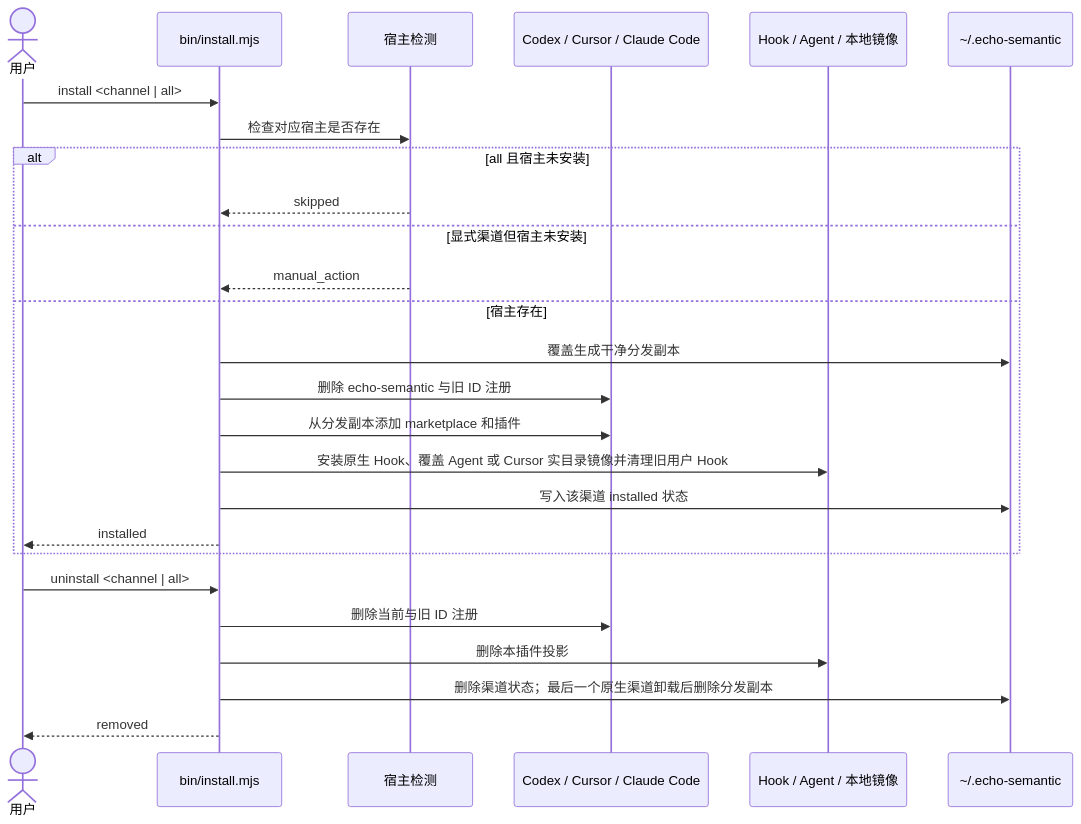
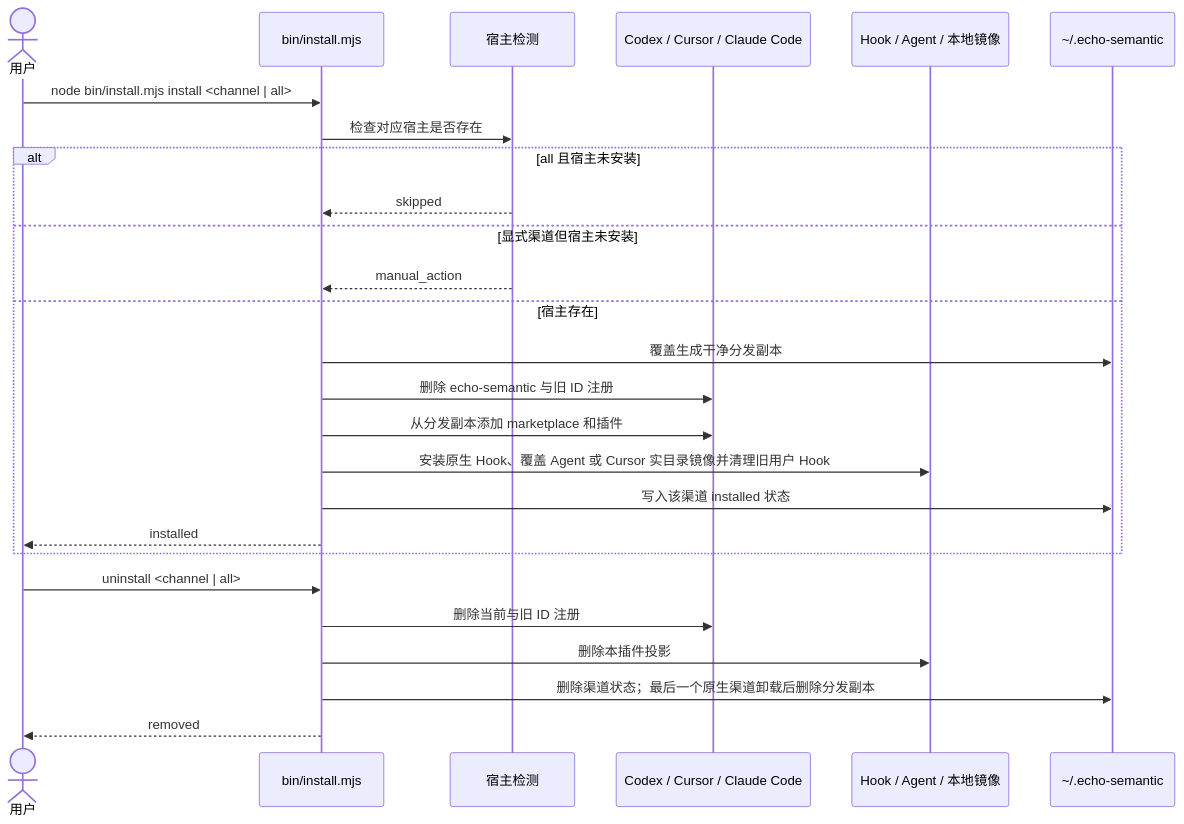
One commit to EchoYue-lp/echo-semantic changed the ninth of 9 diagrams in docs/supreme/specs/plugin-architecture/design.md. Above: the diagram before and after it, drawn with Mermaid. The commit also changed other lines of this file and 38 other files, not shown here.

````diff
--- a/docs/supreme/specs/plugin-architecture/design.md
+++ b/docs/supreme/specs/plugin-architecture/design.md
@@ -420,30 +436,30 @@
 ```mermaid
 sequenceDiagram
   actor User as 用户
   participant Installer as bin/install.mjs
   participant Detect as 宿主检测
   participant Host as Codex / Cursor / Claude Code
   participant Projection as Hook / Agent / 本地镜像
   participant State as ~/.echo-semantic
 
-  User->>Installer: install <channel | all>
+  User->>Installer: node bin/install.mjs install <channel | all>
   Installer->>Detect: 检查对应宿主是否存在
   alt all 且宿主未安装
     Detect-->>Installer: skipped
   else 显式渠道但宿主未安装
     Detect-->>Installer: manual_action
   else 宿主存在
     Installer->>State: 覆盖生成干净分发副本
     Installer->>Host: 删除 echo-semantic 与旧 ID 注册
     Installer->>Host: 从分发副本添加 marketplace 和插件
     Installer->>Projection: 安装原生 Hook、覆盖 Agent 或 Cursor 实目录镜像并清理旧用户 Hook
     Installer->>State: 写入该渠道 installed 状态
     Installer-->>User: installed
   end
 
   User->>Installer: uninstall <channel | all>
   Installer->>Host: 删除当前与旧 ID 注册
   Installer->>Projection: 删除本插件投影
   Installer->>State: 删除渠道状态；最后一个原生渠道卸载后删除分发副本
   Installer-->>User: removed
 ```
````
